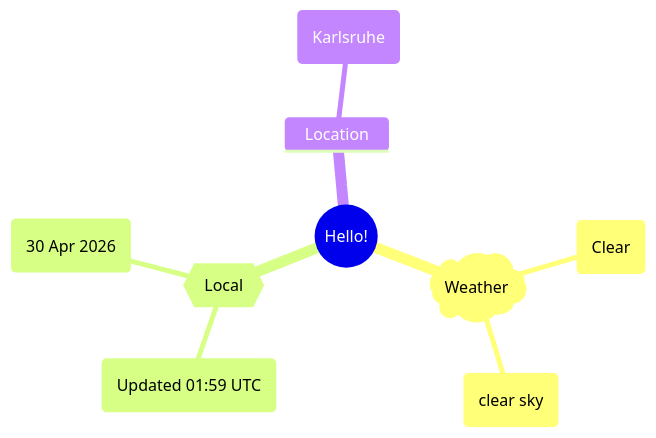
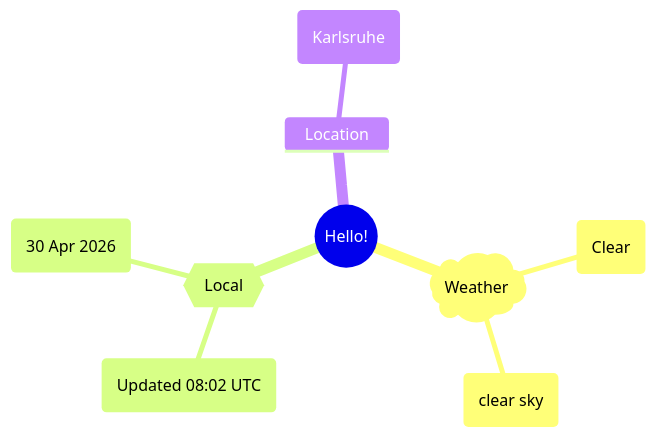
Before and after one commit to Xosrov/Xosrov: the first of 2 diagrams in README.md, drawn with Mermaid.

Commit message:
[bot] updated images

````diff
--- a/README.md
+++ b/README.md
@@ -3,12 +3,12 @@
 ```mermaid
 mindmap
   root((Hello!))
     )Weather(
         (Clear)
         (clear sky)
     {{Local}}
-        (Updated 01:59 UTC)
+        (Updated 08:02 UTC)
         (30 Apr 2026)
     Location
         (Karlsruhe)
 ```
````
